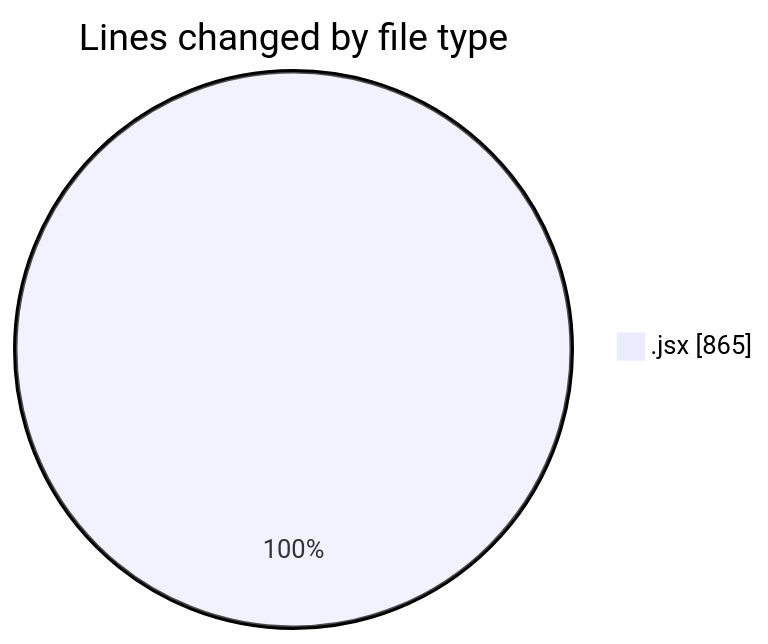
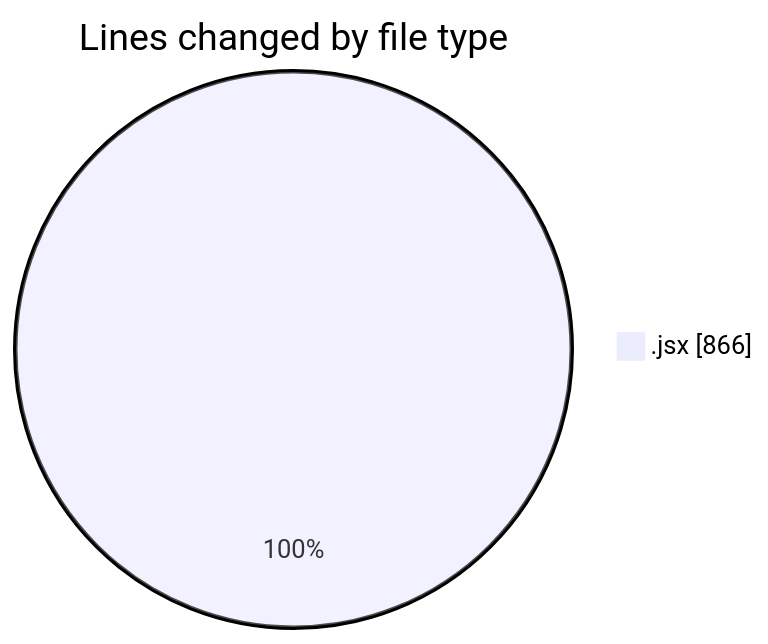
One commit to nxtqubesakshisongat/code-tracking changed the first of 2 diagrams in 2025-07-08/argos/README.md. Above: the diagram before and after it, drawn with Mermaid. The commit also changed other lines of this file and 1 other file, not shown here.

````diff
--- a/2025-07-08/argos/README.md
+++ b/2025-07-08/argos/README.md
@@ -20,5 +20,5 @@
 ```mermaid
 pie showData
 title Lines changed by file type
-".jsx" : 865
+".jsx" : 866
 ```
````
